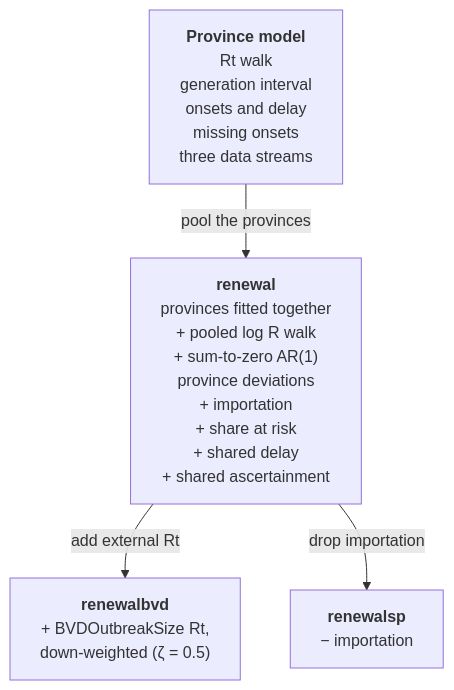
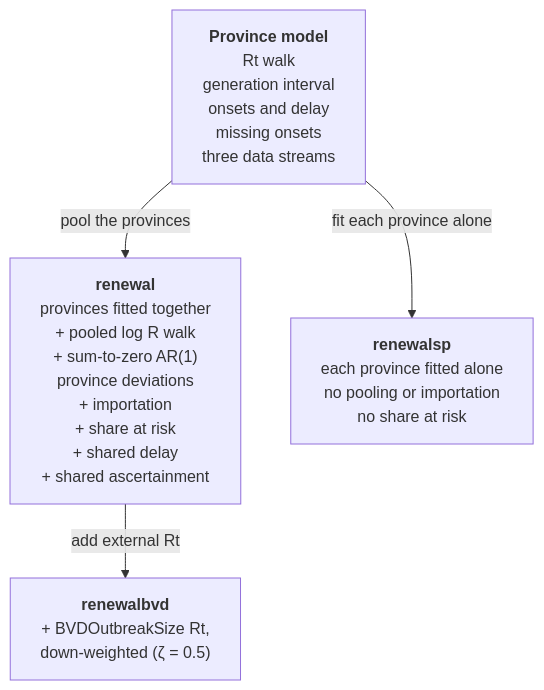
One commit to seabbs/BDBVHubRenewal changed the first of 4 diagrams in docs/methods/model.md. Above: the diagram before and after it, drawn with Mermaid. The commit also changed other lines of this file and 15 other files, not shown here.

Commit message:
Describe renewalsp as per-province single-patch fits in the docs, metadata and chain label

````diff
--- a/docs/methods/model.md
+++ b/docs/methods/model.md
@@ -18,11 +18,11 @@
 ```mermaid
 flowchart TD
     PM["<b>Province model</b><br/>Rt walk<br/>generation interval<br/>onsets and delay<br/>missing onsets<br/>three data streams"]
     RN["<b>renewal</b><br/>provinces fitted together<br/>+ pooled log R walk<br/>+ sum-to-zero AR(1)<br/>province deviations<br/>+ importation<br/>+ share at risk<br/>+ shared delay<br/>+ shared ascertainment"]
     BV["<b>renewalbvd</b><br/>+ BVDOutbreakSize Rt,<br/>down-weighted (ζ = 0.5)"]
-    SP["<b>renewalsp</b><br/>− importation"]
+    SP["<b>renewalsp</b><br/>each province fitted alone<br/>no pooling or importation<br/>no share at risk"]
 
     PM -- "pool the provinces" --> RN
     RN -- "add external Rt" --> BV
-    RN -- "drop importation" --> SP
+    PM -- "fit each province alone" --> SP
 ```
````
